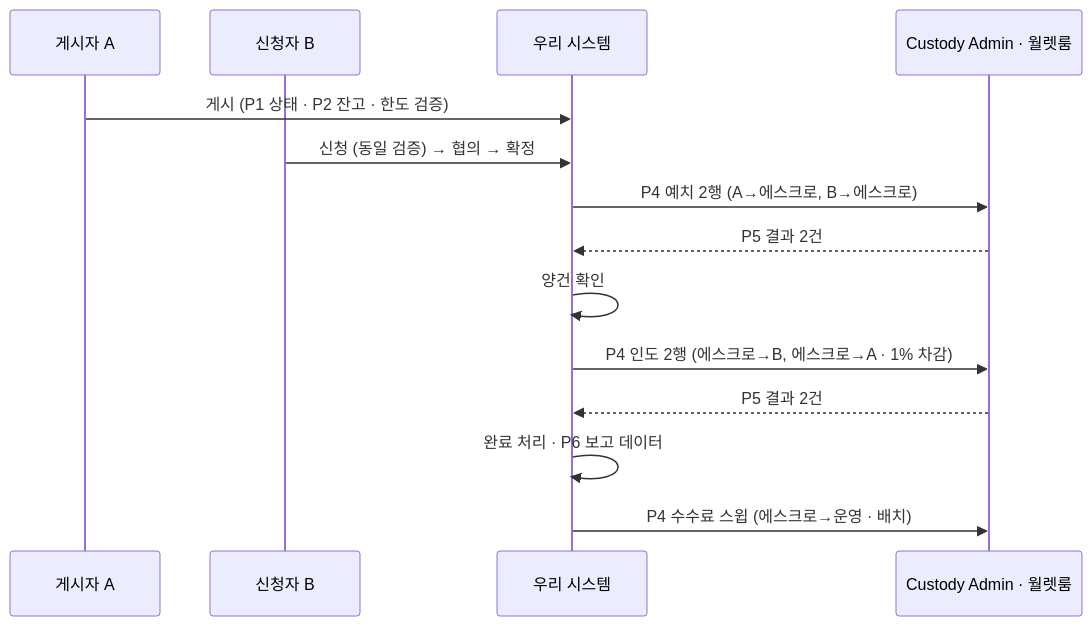
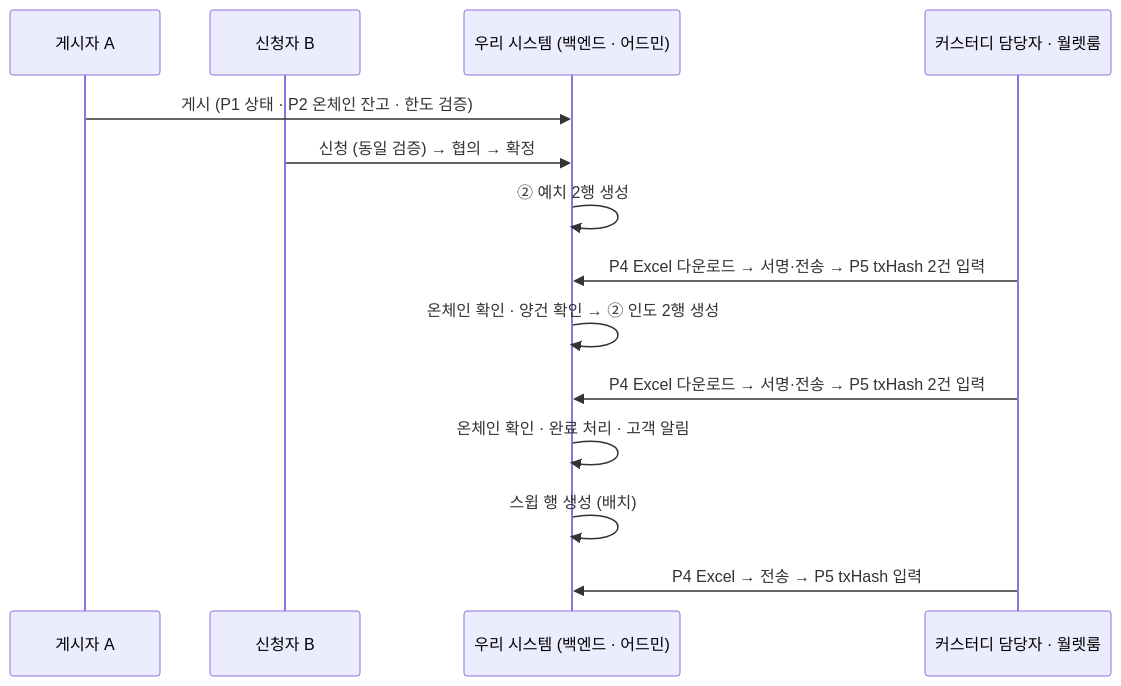
One commit to dsrvlabs/dsrv-desk changed the fourth of 7 diagrams in drafts/36_플랫폼_커스터디_연동_범위_설명자료.md. Above: the diagram before and after it, drawn with Mermaid. The commit also changed other lines of this file and 1 other file, not shown here.

Commit message:
drafts/36 v2: 주고받는 방식 확정 4건 반영(지시서 Excel·txHash 입력·온체인 잔고 직접 조회·AML 보고 데이터 미제공), API 후보 7→3 · drafts/35 헤더에 v2 결정 메모

````diff
--- a/drafts/36_플랫폼_커스터디_연동_범위_설명자료.md
+++ b/drafts/36_플랫폼_커스터디_연동_범위_설명자료.md
@@ -133,16 +140,16 @@
 ```mermaid
 sequenceDiagram
   participant A as 게시자 A
   participant B as 신청자 B
-  participant S as 우리 시스템
-  participant K as Custody Admin · 월렛룸
-  A->>S: 게시 (P1 상태 · P2 잔고 · 한도 검증)
+  participant S as 우리 시스템 (백엔드 · 어드민)
+  participant K as 커스터디 담당자 · 월렛룸
+  A->>S: 게시 (P1 상태 · P2 온체인 잔고 · 한도 검증)
   B->>S: 신청 (동일 검증) → 협의 → 확정
-  S->>K: P4 예치 2행 (A→에스크로, B→에스크로)
-  K-->>S: P5 결과 2건
-  S->>S: 양건 확인
-  S->>K: P4 인도 2행 (에스크로→B, 에스크로→A · 1% 차감)
-  K-->>S: P5 결과 2건
-  S->>S: 완료 처리 · P6 보고 데이터
-  S->>K: P4 수수료 스윕 (에스크로→운영 · 배치)
+  S->>S: ② 예치 2행 생성
+  K->>S: P4 Excel 다운로드 → 서명·전송 → P5 txHash 2건 입력
+  S->>S: 온체인 확인 · 양건 확인 → ② 인도 2행 생성
+  K->>S: P4 Excel 다운로드 → 서명·전송 → P5 txHash 2건 입력
+  S->>S: 온체인 확인 · 완료 처리 · 고객 알림
+  S->>S: 스윕 행 생성 (배치)
+  K->>S: P4 Excel → 전송 → P5 txHash 입력
 ```
````
